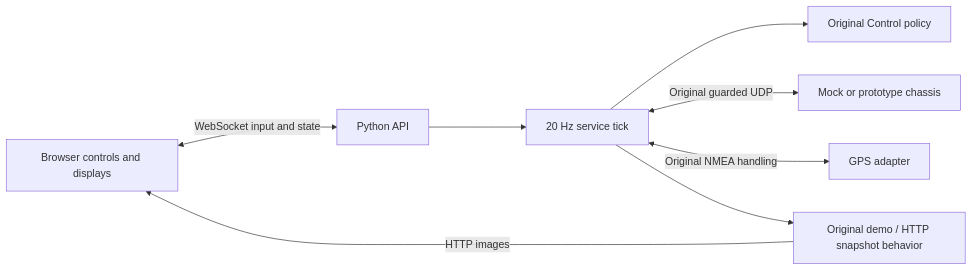
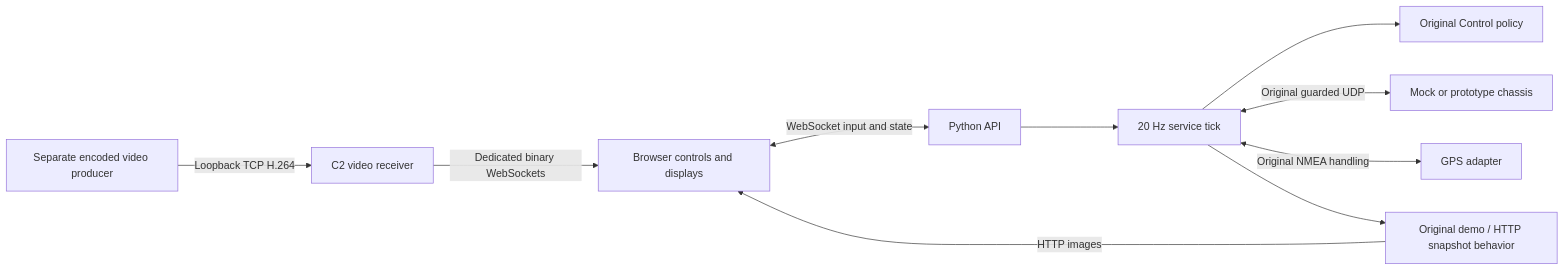
One commit to CU-URC-2027/C2 changed the diagram in docs/ARCHITECTURE.md. Above: the diagram before and after it, drawn with Mermaid. The commit also changed other lines of this file and 17 other files, not shown here.

````diff
--- a/docs/ARCHITECTURE.md
+++ b/docs/ARCHITECTURE.md
@@ -5,10 +5,12 @@
 ```mermaid
 flowchart LR
   Browser[Browser controls and displays] <-->|WebSocket input and state| API[Python API]
   API --> Runtime[20 Hz service tick]
   Runtime --> Control[Original Control policy]
   Runtime <-->|Original guarded UDP| Rover[Mock or prototype chassis]
   Runtime <-->|Original NMEA handling| GPS[GPS adapter]
   Runtime --> Images[Original demo / HTTP snapshot behavior]
   Images -->|HTTP images| Browser
+  RoverVideo[Separate encoded video producer] -->|Loopback TCP H.264| Receiver[C2 video receiver]
+  Receiver -->|Dedicated binary WebSockets| Browser
 ```
````
